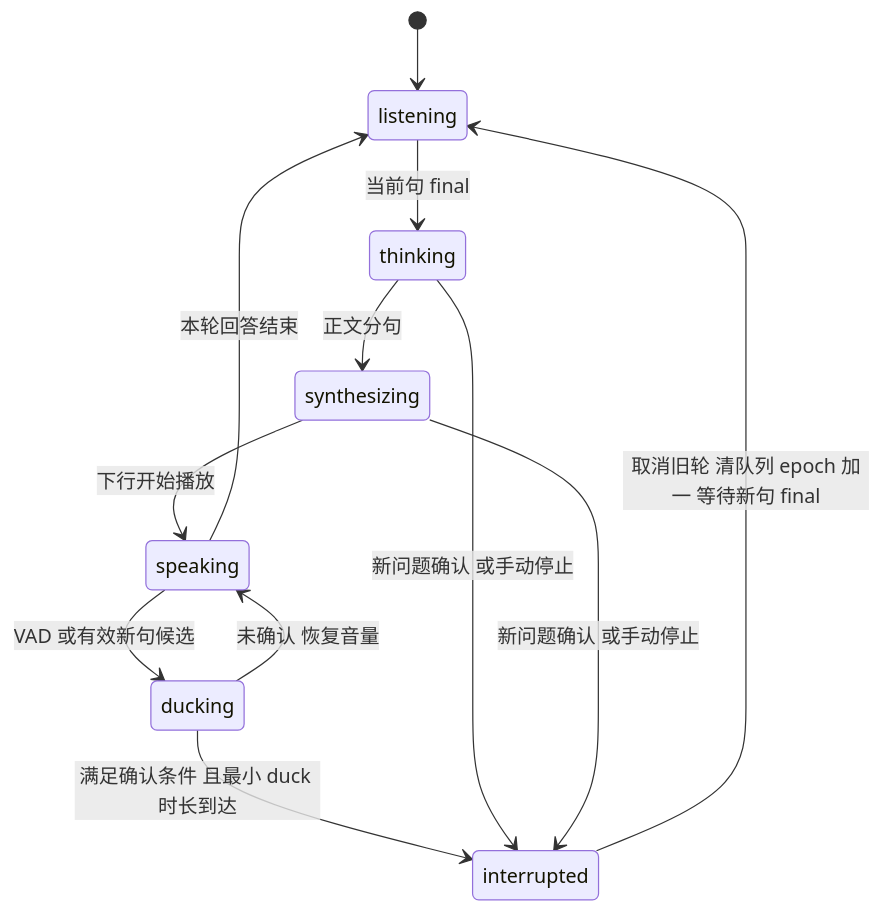
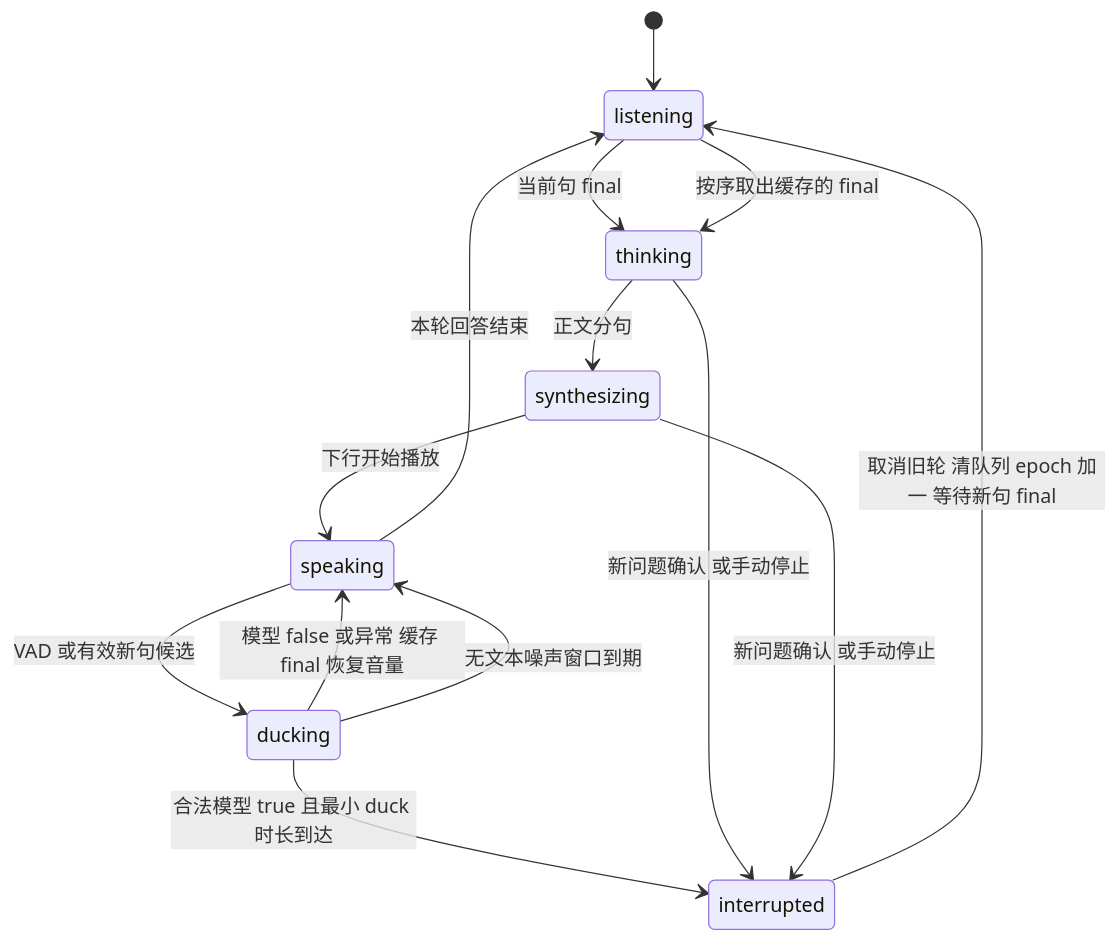
Before and after one commit to zjn20021020/WebRTC: the second of 2 diagrams in docs/作业任务说明.md, drawn with Mermaid. The commit also changed other lines of this file and 19 other files, not shown here.

````diff
--- a/docs/作业任务说明.md
+++ b/docs/作业任务说明.md
@@ -131,14 +149,16 @@
 ```mermaid
 stateDiagram-v2
   [*] --> listening
   listening --> thinking: 当前句 final
   thinking --> synthesizing: 正文分句
   synthesizing --> speaking: 下行开始播放
   speaking --> ducking: VAD 或有效新句候选
-  ducking --> speaking: 未确认 恢复音量
-  ducking --> interrupted: 满足确认条件 且最小 duck 时长到达
+  ducking --> speaking: 模型 false 或异常 缓存 final 恢复音量
+  ducking --> speaking: 无文本噪声窗口到期
+  ducking --> interrupted: 合法模型 true 且最小 duck 时长到达
   interrupted --> listening: 取消旧轮 清队列 epoch 加一 等待新句 final
   speaking --> listening: 本轮回答结束
+  listening --> thinking: 按序取出缓存的 final
   thinking --> interrupted: 新问题确认 或手动停止
   synthesizing --> interrupted: 新问题确认 或手动停止
 ```
````
